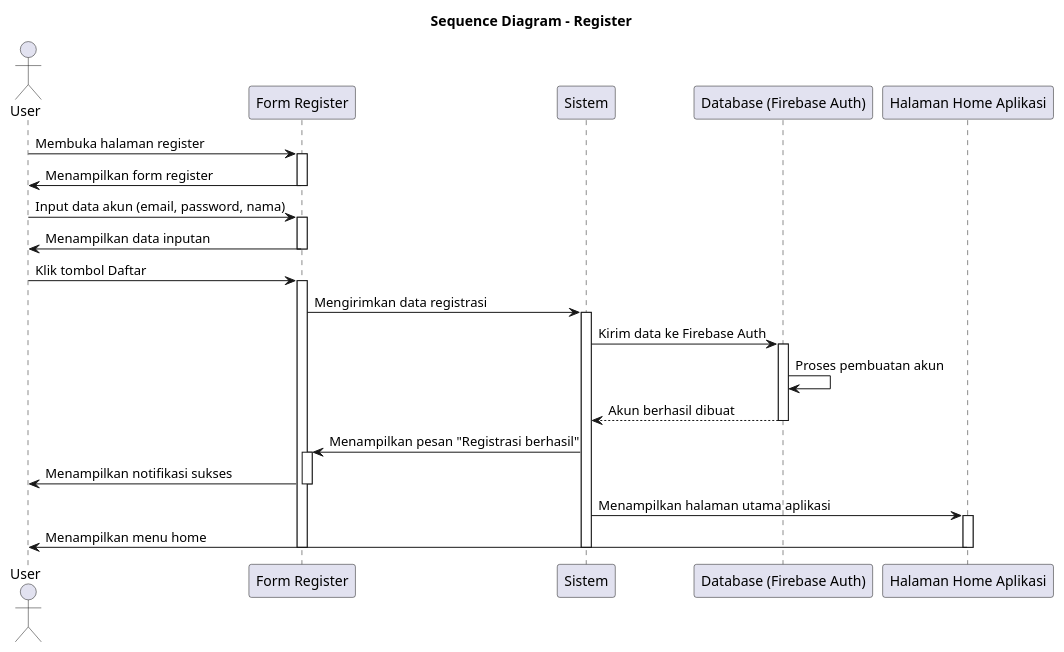
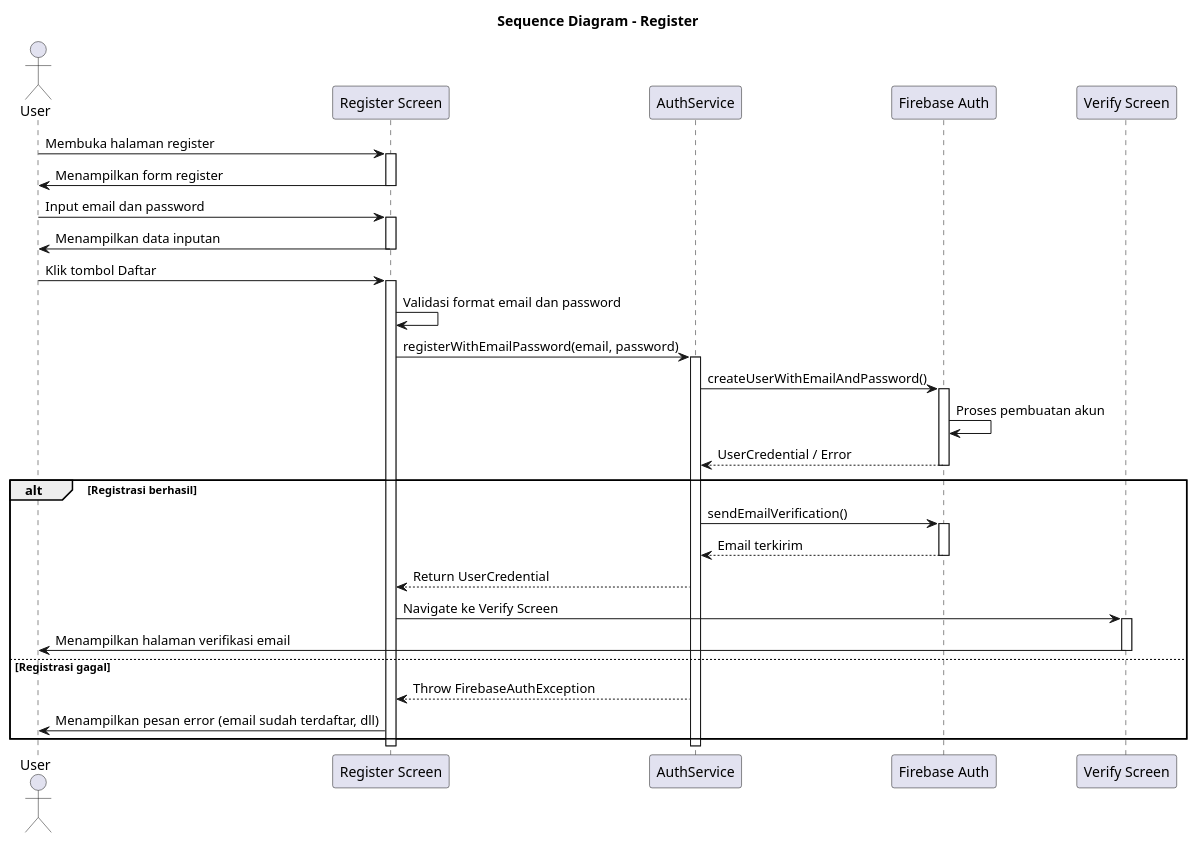
Before and after one commit to DarmawanWisnu/flutter-cea-system: the diagram in docs/diagrams/sequence/sequence_register.puml, drawn with PlantUML. The commit also changed 29 other files, not shown here.

```diff
--- a/docs/diagrams/sequence/sequence_register.puml
+++ b/docs/diagrams/sequence/sequence_register.puml
@@ -1,51 +1,59 @@
 @startuml
 title Sequence Diagram - Register
 
 actor "User" as User
-participant "Form Register" as Form
-participant "Sistem" as System
-participant "Database (Firebase Auth)" as DB
-participant "Halaman Home Aplikasi" as Home
+participant "Register Screen" as Form
+participant "AuthService" as Auth
+participant "Firebase Auth" as Firebase
+participant "Verify Screen" as Verify
 
 ' === Awal ===
 User -> Form : Membuka halaman register
 activate Form
 Form -> User : Menampilkan form register
 deactivate Form
 
 ' === Input data ===
-User -> Form : Input data akun (email, password, nama)
+User -> Form : Input email dan password
 activate Form
 Form -> User : Menampilkan data inputan
 deactivate Form
 
 User -> Form : Klik tombol Daftar
 activate Form
 
-' === Kirim ke sistem ===
-Form -> System : Mengirimkan data registrasi
-activate System
+' === Validasi input ===
+Form -> Form : Validasi format email dan password
 
-' === Validasi & simpan ke database ===
-System -> DB : Kirim data ke Firebase Auth
-activate DB
-DB -> DB : Proses pembuatan akun
-DB --> System : Akun berhasil dibuat
-deactivate DB
+' === Kirim ke AuthService ===
+Form -> Auth : registerWithEmailPassword(email, password)
+activate Auth
 
-' === Konfirmasi hasil ===
-System -> Form : Menampilkan pesan "Registrasi berhasil"
-activate Form
-Form -> User : Menampilkan notifikasi sukses
-deactivate Form
+' === Buat akun di Firebase ===
+Auth -> Firebase : createUserWithEmailAndPassword()
+activate Firebase
+Firebase -> Firebase : Proses pembuatan akun
+Firebase --> Auth : UserCredential / Error
+deactivate Firebase
 
-' === Arahkan ke Home ===
-System -> Home : Menampilkan halaman utama aplikasi
-activate Home
-Home -> User : Menampilkan menu home
-deactivate Home
+' === Kirim email verifikasi ===
+alt Registrasi berhasil
+  Auth -> Firebase : sendEmailVerification()
+  activate Firebase
+  Firebase --> Auth : Email terkirim
+  deactivate Firebase
+  
+  Auth --> Form : Return UserCredential
+  Form -> Verify : Navigate ke Verify Screen
+  activate Verify
+  Verify -> User : Menampilkan halaman verifikasi email
+  deactivate Verify
+else Registrasi gagal
+  Auth --> Form : Throw FirebaseAuthException
+  Form -> User : Menampilkan pesan error (email sudah terdaftar, dll)
+end
 
-deactivate System
+deactivate Auth
 deactivate Form
 
 @enduml
```
